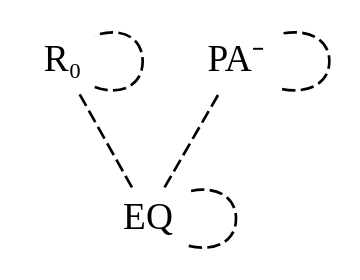
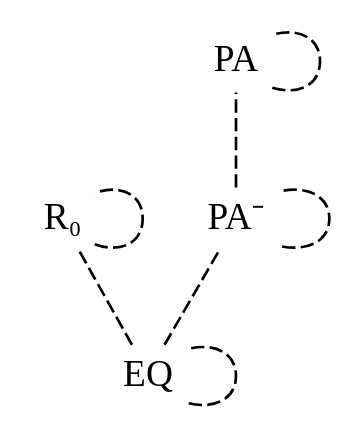
The diagram in test.dot (FormalizedFormalLogic/LogicsKite), drawn with Graphviz before and after one commit. The commit also changed 1 other file, not shown here.

```diff
--- a/test.dot
+++ b/test.dot
@@ -1,21 +1,23 @@
 digraph {
 graph[
       rankdir = BT;
     ]
 
     node [
       shape=plaintext
       margin=0.05
       width=0
       height=0
     ];
 
     edge [
       style = solid
       arrowhead = none
     ];EQ -> EQ [style = dashed];
 EQ -> R₀ [style = dashed];
 EQ -> PA⁻ [style = dashed];
 R₀ -> R₀ [style = dashed];
 PA⁻ -> PA⁻ [style = dashed];
+PA⁻ -> PA [style = dashed];
+PA -> PA [style = dashed];
 }
```
